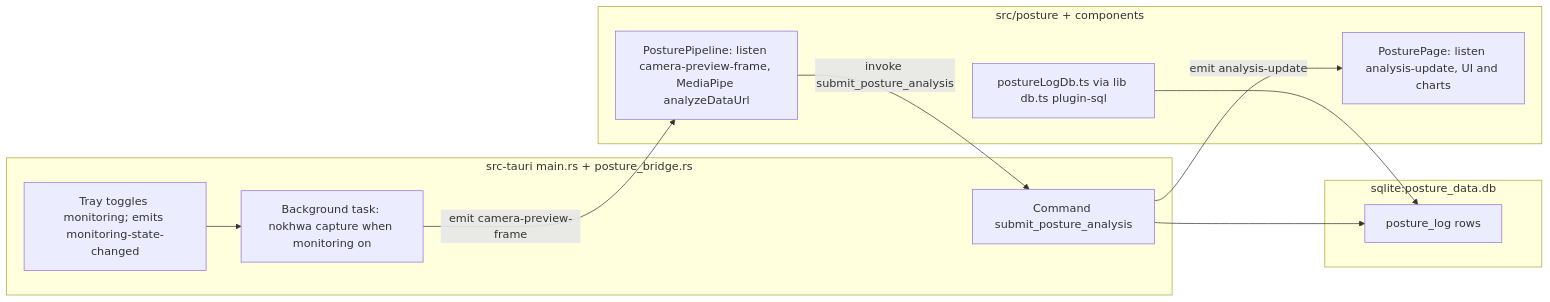
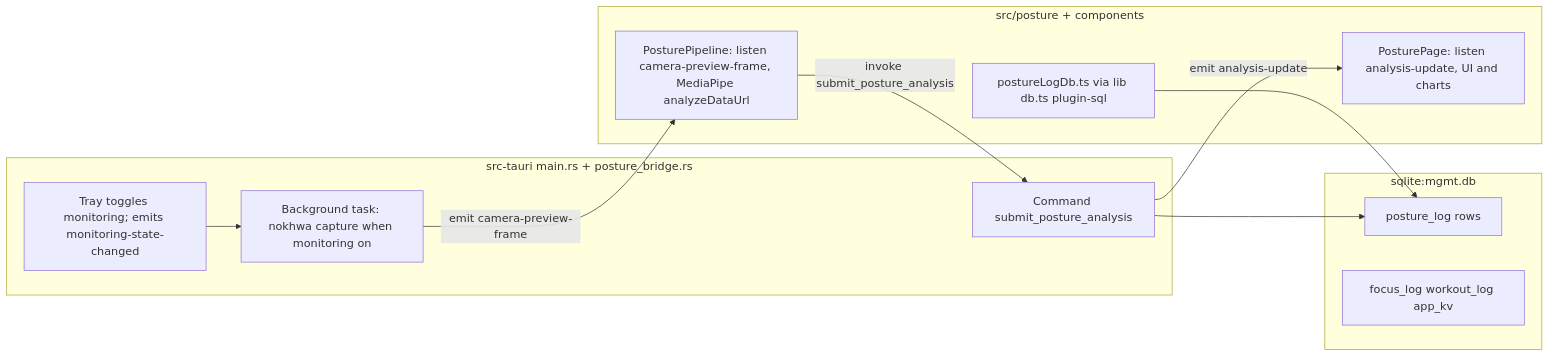
The third of 3 diagrams in docs/ARCHITECTURE.md (jdserenity/management), drawn with Mermaid before and after one commit. The commit also changed other lines of this file and 13 other files, not shown here.

````diff
--- a/docs/ARCHITECTURE.md
+++ b/docs/ARCHITECTURE.md
@@ -96,22 +100,23 @@
 ```mermaid
 flowchart LR
   subgraph rust["src-tauri main.rs + posture_bridge.rs"]
     caploop["Background task: nokhwa capture when monitoring on"]
     cmd["Command submit_posture_analysis"]
     tray["Tray toggles monitoring; emits monitoring-state-changed"]
   end
   subgraph ts["src/posture + components"]
     pipe["PosturePipeline: listen camera-preview-frame, MediaPipe analyzeDataUrl"]
     page["PosturePage: listen analysis-update, UI and charts"]
     dbread["postureLogDb.ts via lib db.ts plugin-sql"]
   end
-  subgraph store["sqlite:posture_data.db"]
+  subgraph store["sqlite:mgmt.db"]
     logt["posture_log rows"]
+    sess["focus_log workout_log app_kv"]
   end
   caploop -->|"emit camera-preview-frame"| pipe
   pipe -->|"invoke submit_posture_analysis"| cmd
   cmd -->|"emit analysis-update"| page
   cmd --> logt
   dbread --> logt
   tray --> caploop
 ```
````
